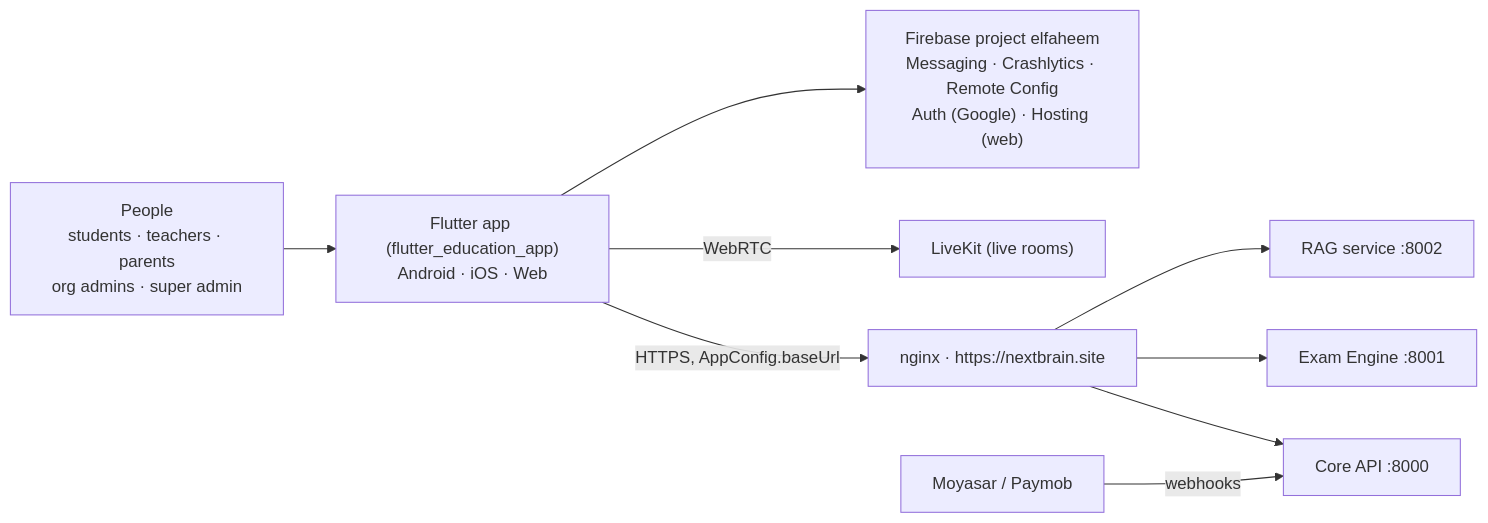
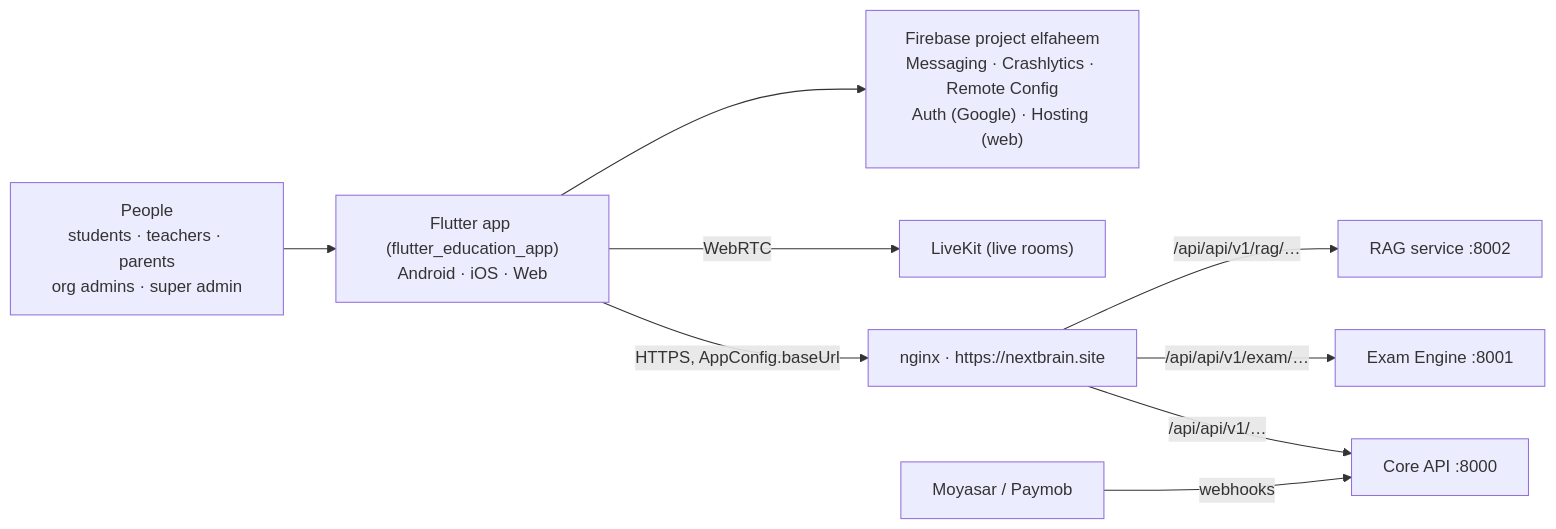
Before and after one commit to Amadkour/elfaheem-front: the first of 6 diagrams in docs/ARCHITECTURE.md, drawn with Mermaid. The commit also changed other lines of this file and 44 other files, not shown here.

````diff
--- a/docs/ARCHITECTURE.md
+++ b/docs/ARCHITECTURE.md
@@ -10,19 +10,21 @@
 ```mermaid
 flowchart LR
     people["People<br/>students · teachers · parents<br/>org admins · super admin"]
     app["Flutter app (flutter_education_app)<br/>Android · iOS · Web"]
     nginx["nginx · https://nextbrain.site"]
     core["Core API :8000"]
     exam["Exam Engine :8001"]
     rag["RAG service :8002"]
     lk["LiveKit (live rooms)"]
     fb["Firebase project elfaheem<br/>Messaging · Crashlytics · Remote Config<br/>Auth (Google) · Hosting (web)"]
     pay["Moyasar / Paymob"]
 
     people --> app
     app -->|"HTTPS, AppConfig.baseUrl"| nginx
-    nginx --> core & exam & rag
+    nginx -->|"/api/api/v1/…"| core
+    nginx -->|"/api/api/v1/exam/…"| exam
+    nginx -->|"/api/api/v1/rag/…"| rag
     app -->|WebRTC| lk
     app --> fb
     pay -->|webhooks| core
 ```
````
